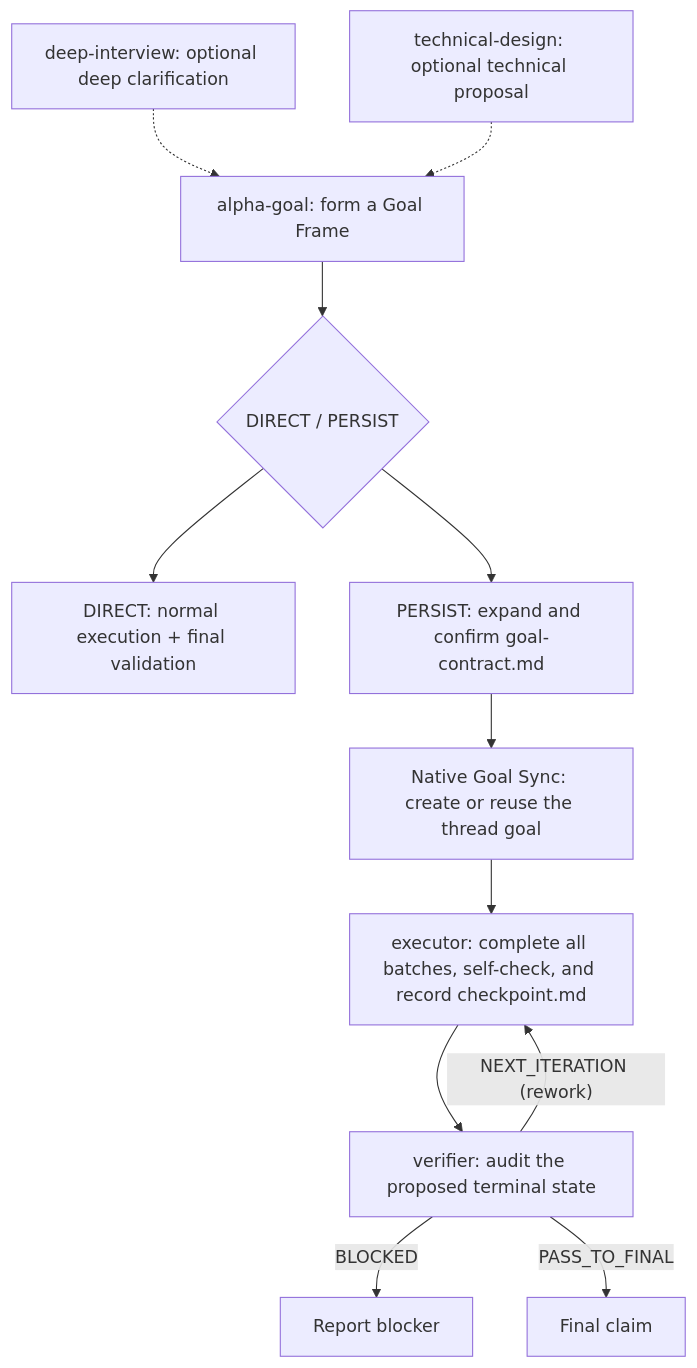
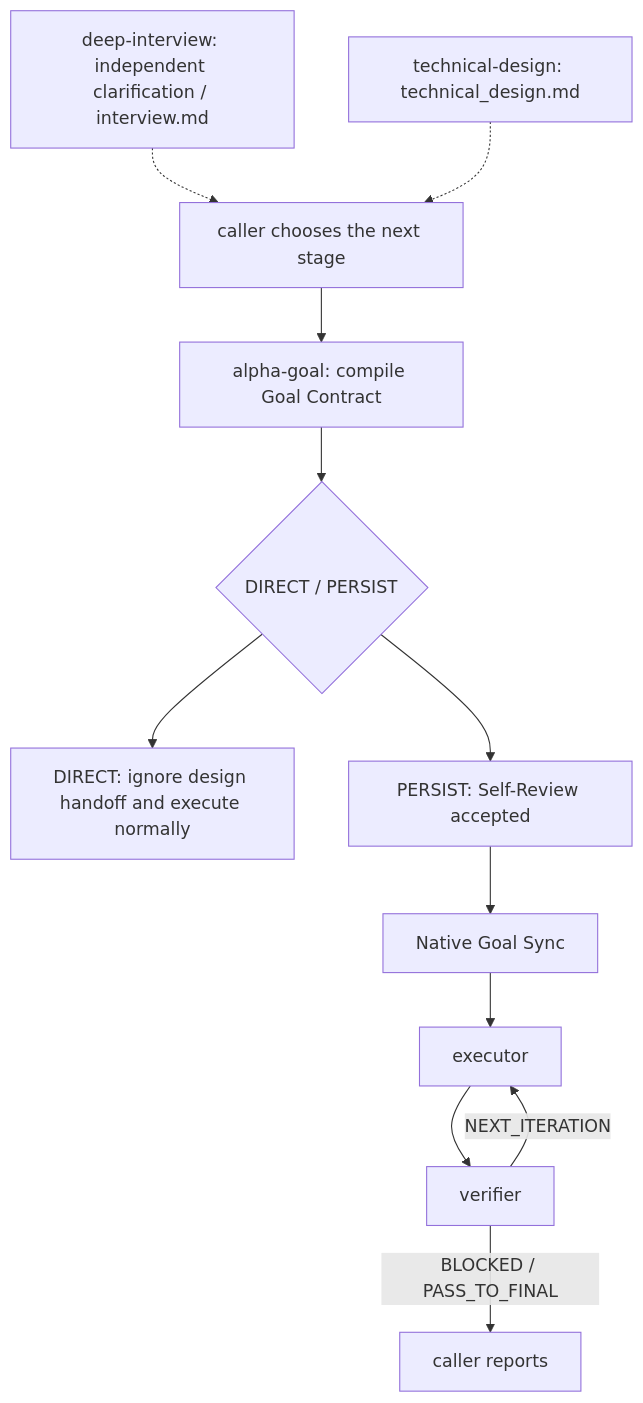
The diagram in README.en.md (azhonglee/alpha-goal), drawn with Mermaid before and after one commit. The commit also changed other lines of this file and 21 other files, not shown here.

````diff
--- a/README.en.md
+++ b/README.en.md
@@ -42,14 +42,14 @@
 ```mermaid
 flowchart TD
-  I["deep-interview: optional deep clarification"] -.-> A["alpha-goal: form a Goal Frame"]
-  T["technical-design: optional technical proposal"] -.-> A
+  I["deep-interview: independent clarification / interview.md"] -.-> C["caller chooses the next stage"]
+  T["technical-design: technical_design.md"] -.-> C
+  C --> A["alpha-goal: compile Goal Contract"]
   A --> R{"DIRECT / PERSIST"}
-  R --> D["DIRECT: normal execution + final validation"]
-  R --> P["PERSIST: expand and confirm goal-contract.md"]
-  P --> S["Native Goal Sync: create or reuse the thread goal"]
-  S --> E["executor: complete all batches, self-check, and record checkpoint.md"]
-  E --> V["verifier: audit the proposed terminal state"]
-  V -->|"NEXT_ITERATION (rework)"| E
-  V -->|"BLOCKED"| B["Report blocker"]
-  V -->|"PASS_TO_FINAL"| F["Final claim"]
+  R --> D["DIRECT: ignore design handoff and execute normally"]
+  R --> P["PERSIST: Self-Review accepted"]
+  P --> S["Native Goal Sync"]
+  S --> E["executor"]
+  E --> V["verifier"]
+  V -->|"NEXT_ITERATION"| E
+  V -->|"BLOCKED / PASS_TO_FINAL"| F["caller reports"]
 ```
````
